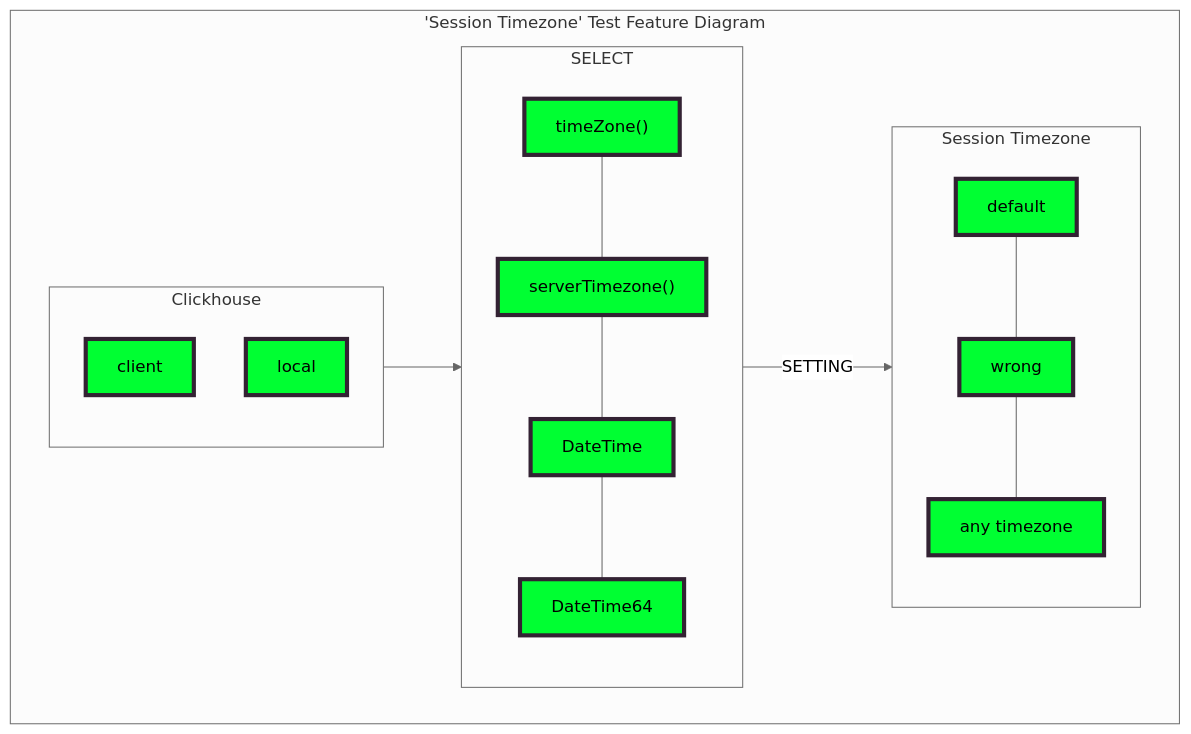
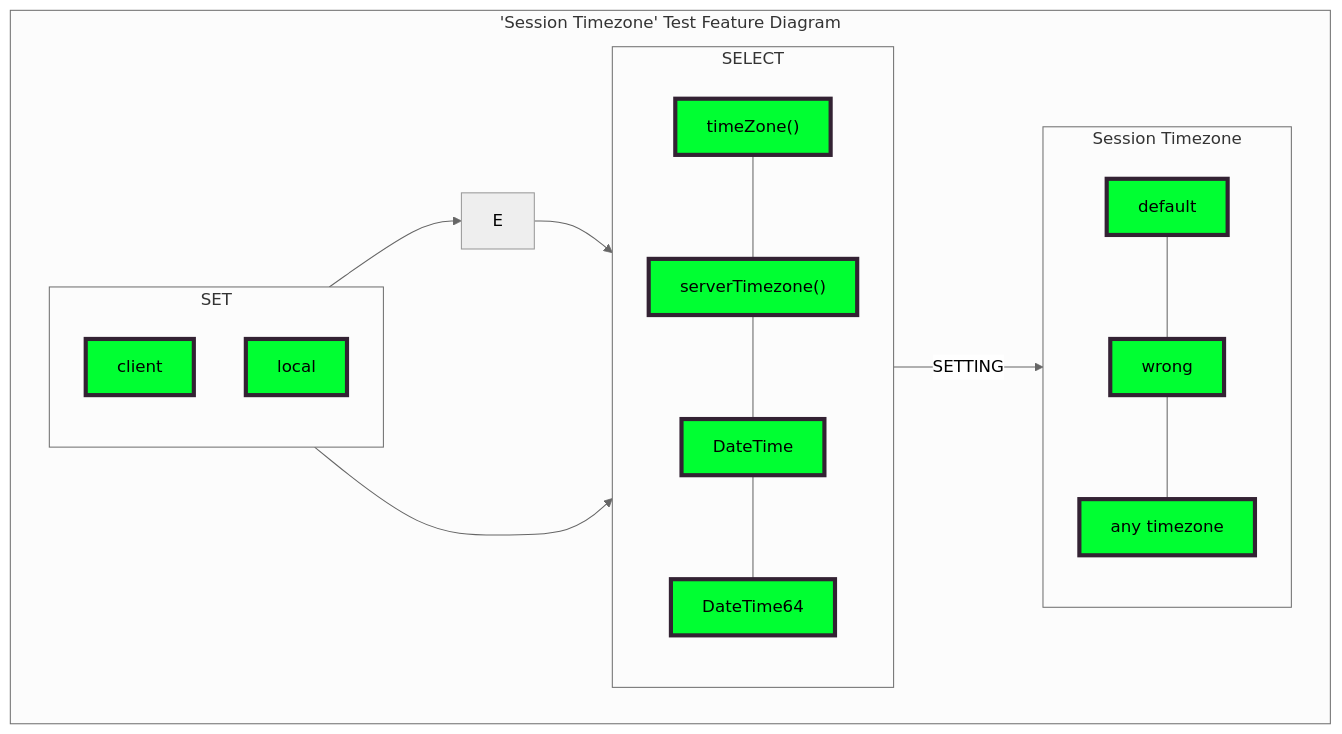
Before and after one commit to Altinity/clickhouse-regression: the diagram in session_timezone/requirements/requirements.md, drawn with Mermaid (neutral theme).

Commit message:
session timezone diagram upd.

````diff
--- a/session_timezone/requirements/requirements.md
+++ b/session_timezone/requirements/requirements.md
@@ -38,39 +38,46 @@
 ```mermaid
 flowchart TB;
 
   classDef yellow fill:#ffff32,stroke:#323,stroke-width:4px,color:black;
   classDef yellow2 fill:#ffff32,stroke:#323,stroke-width:4px,color:red;
   classDef green fill:#00ff32,stroke:#323,stroke-width:4px,color:black;
   classDef red fill:red,stroke:#323,stroke-width:4px,color:black;
   classDef blue fill:blue,stroke:#323,stroke-width:4px,color:white;
   
   subgraph O["'Session Timezone' Test Feature Diagram"]
   
-  C-->A--"SETTING"-->D
+  C-->E-->A--"SETTING"-->D
+  C-->A
 
   1A---2A---3A---4A
   1D---2D---3D
+  
+    subgraph C["SET"]
+
+        1C["session_timezone"]:::green
+ 
+    end
   
     subgraph C["Clickhouse"]
 
         1C["client"]:::green
         2C["local"]:::green
  
     end
   
     subgraph A["SELECT"]
 
         1A["timeZone()"]:::green
         2A["serverTimezone()"]:::green
         3A["DateTime"]:::green
         4A["DateTime64"]:::green
         
     end
     
     subgraph D["Session Timezone"]
         1D["default"]:::green
         2D["wrong"]:::green
         3D["any timezone"]:::green
     end
   end
 ```
````
